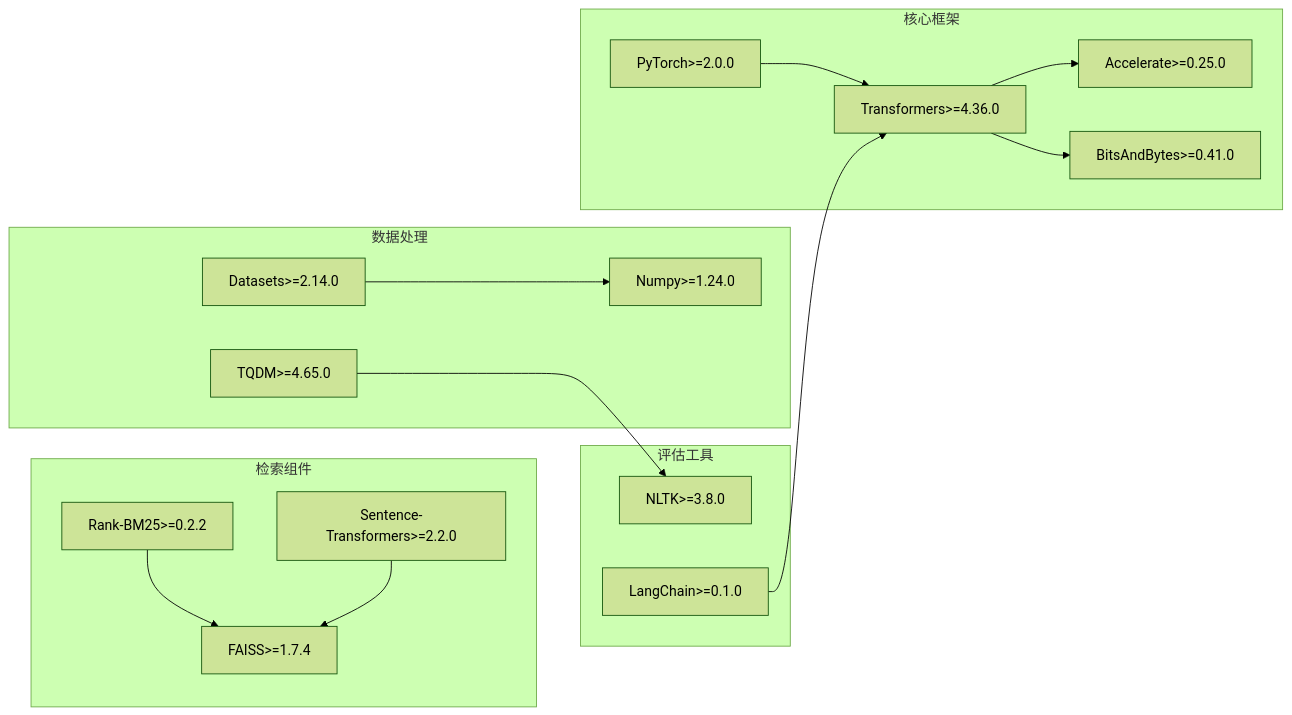
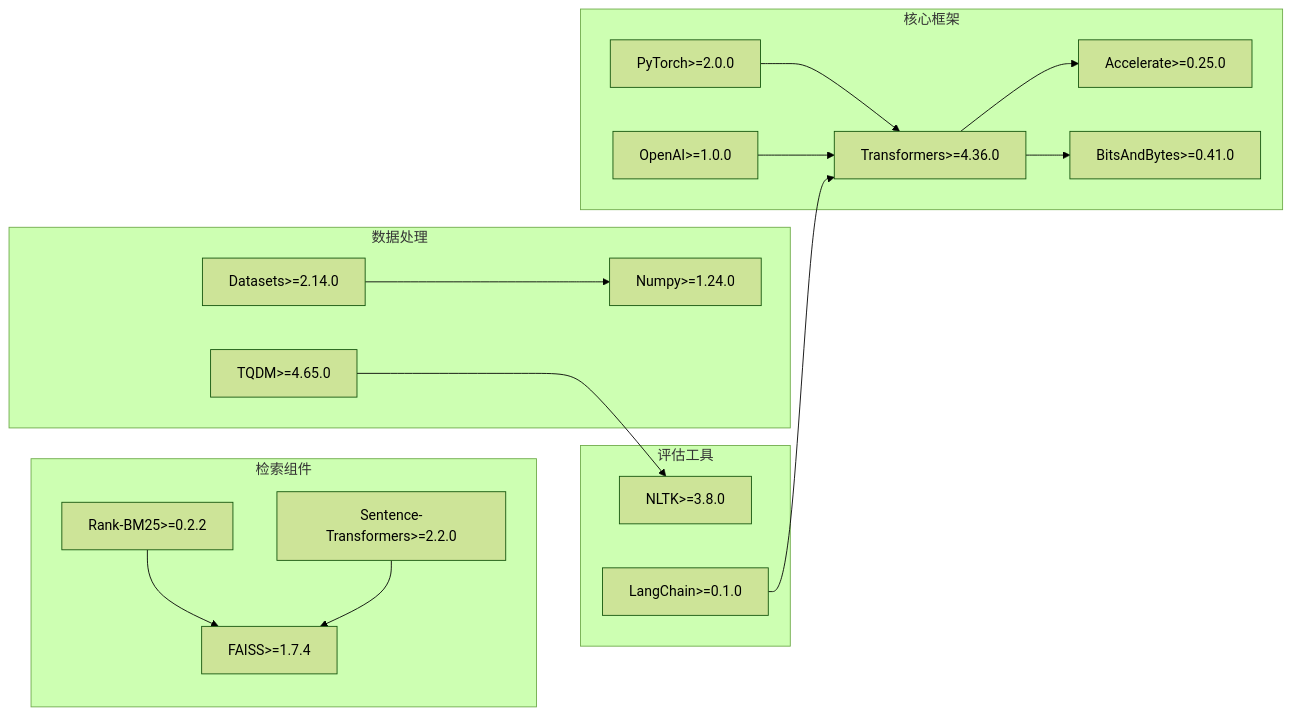
Before and after one commit to kitee0918/-nlp-rag-project: the seventh of 8 diagrams in .qoder/repowiki/zh/content/技术实现指南/生成模型集成.md, drawn with Mermaid (forest theme). The commit also changed other lines of this file and 4 other files, not shown here.

````diff
--- a/.qoder/repowiki/zh/content/技术实现指南/生成模型集成.md
+++ b/.qoder/repowiki/zh/content/技术实现指南/生成模型集成.md
@@ -401,31 +459,33 @@
 ```mermaid
 graph LR
 subgraph "核心框架"
 A[PyTorch>=2.0.0]
 B[Transformers>=4.36.0]
 C[Accelerate>=0.25.0]
 D[BitsAndBytes>=0.41.0]
+E[OpenAI>=1.0.0]
 end
 subgraph "检索组件"
-E[Rank-BM25>=0.2.2]
-F[FAISS>=1.7.4]
-G[Sentence-Transformers>=2.2.0]
+F[Rank-BM25>=0.2.2]
+G[FAISS>=1.7.4]
+H[Sentence-Transformers>=2.2.0]
 end
 subgraph "数据处理"
-H[Datasets>=2.14.0]
-I[Numpy>=1.24.0]
-J[TQDM>=4.65.0]
+I[Datasets>=2.14.0]
+J[Numpy>=1.24.0]
+K[TQDM>=4.65.0]
 end
 subgraph "评估工具"
-K[NLTK>=3.8.0]
-L[LangChain>=0.1.0]
+L[NLTK>=3.8.0]
+M[LangChain>=0.1.0]
 end
 A --> B
 B --> C
 B --> D
-E --> F
-G --> F
-H --> I
-J --> K
-L --> B
+E --> B
+F --> G
+H --> G
+I --> J
+K --> L
+M --> B
 ```
````
